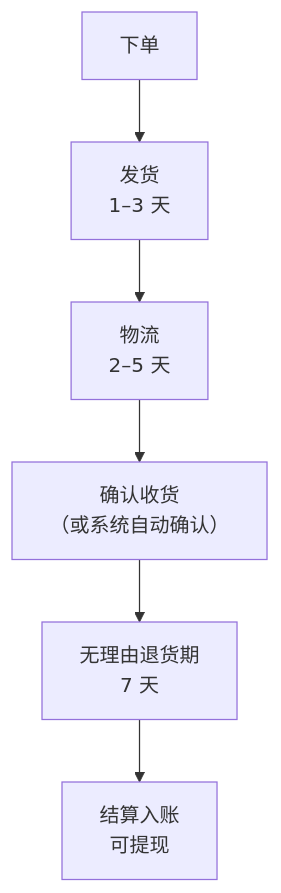
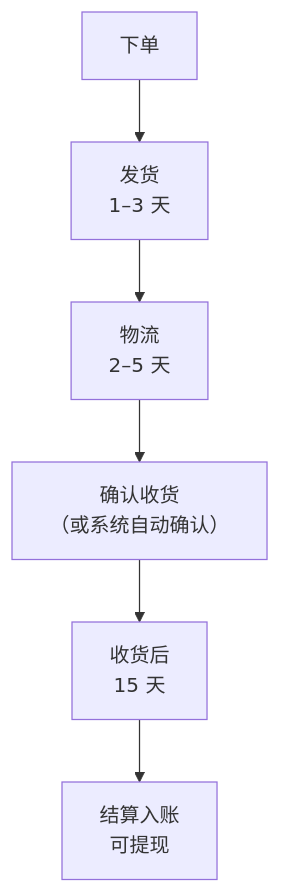
The second of 2 diagrams in books/ecommerce-selling/02-showcase-and-alliance.md (jarvis-pro/hatch-shelf), drawn with Mermaid before and after one commit. The commit also changed other lines of this file and 231 other files, not shown here.

````diff
--- a/books/ecommerce-selling/02-showcase-and-alliance.md
+++ b/books/ecommerce-selling/02-showcase-and-alliance.md
@@ -135,8 +149,8 @@
 ```mermaid
 flowchart TD
   A["下单"] --> B["发货<br/>1–3 天"]
   B --> C["物流<br/>2–5 天"]
   C --> D["确认收货<br/>（或系统自动确认）"]
-  D --> E["无理由退货期<br/>7 天"]
+  D --> E["收货后<br/>15 天"]
   E --> F["结算入账<br/>可提现"]
 ```
````
